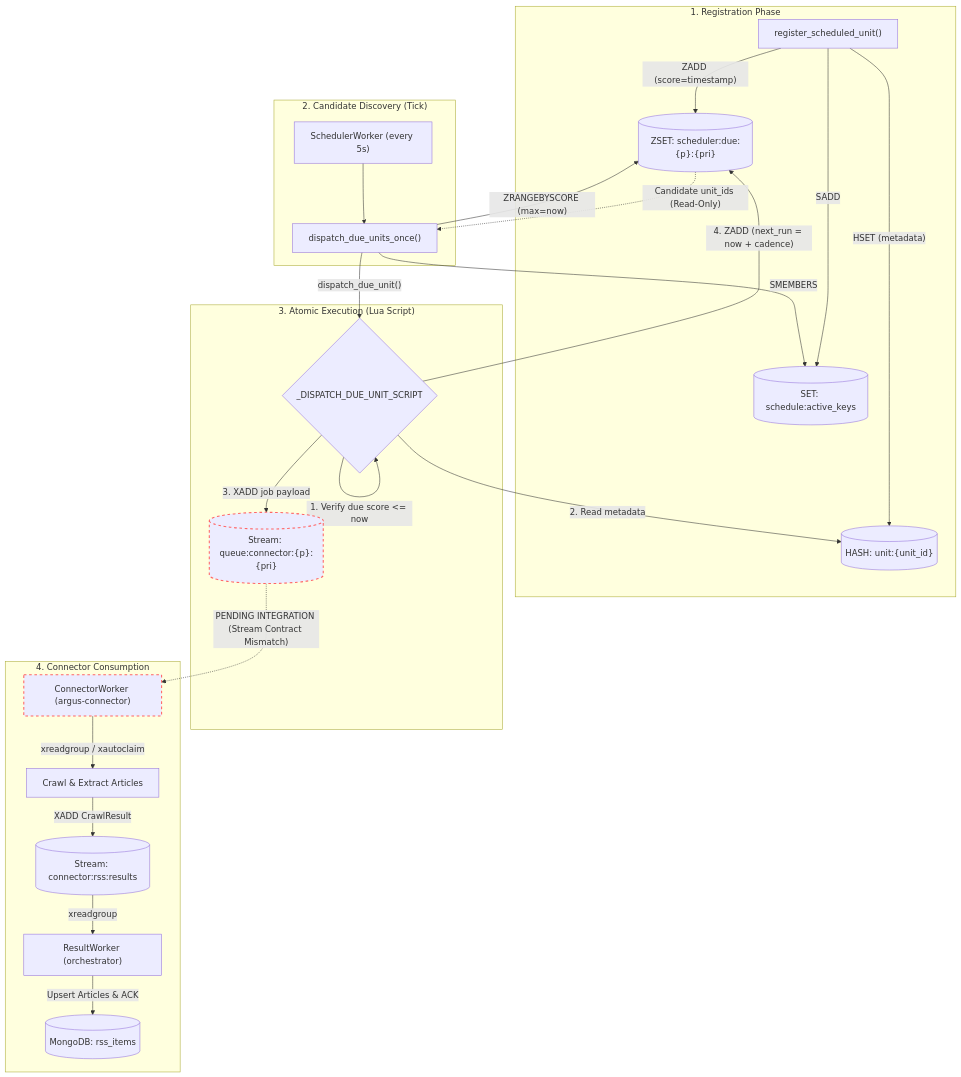
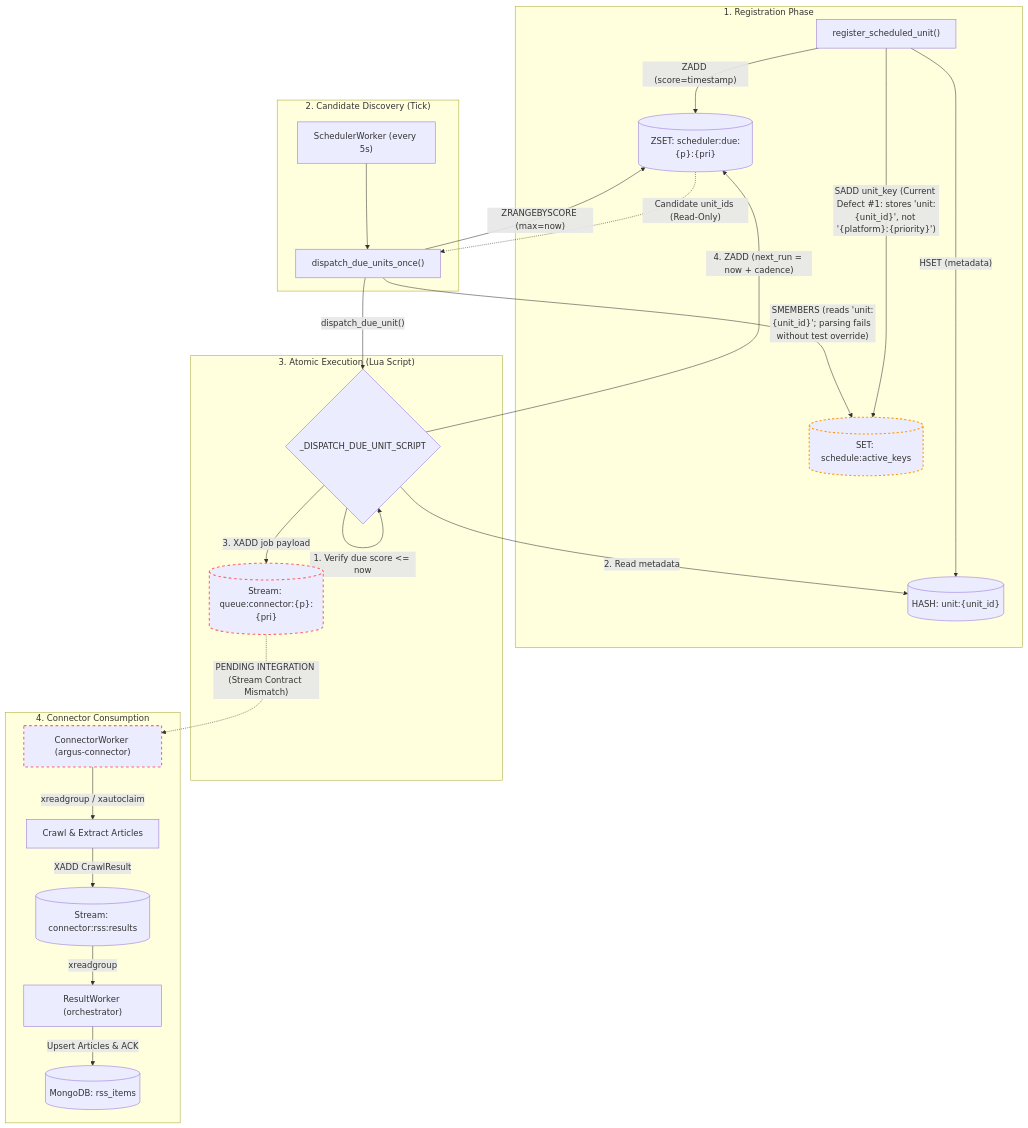
One commit to ombangar03/Argus-2.0 changed the diagram in argus-orchestrator/PROJECT_GUIDE.md. Above: the diagram before and after it, drawn with Mermaid. The commit also changed other lines of this file, not shown here.

````diff
--- a/argus-orchestrator/PROJECT_GUIDE.md
+++ b/argus-orchestrator/PROJECT_GUIDE.md
@@ -1983,34 +2070,35 @@
 ```mermaid
 flowchart TD
     subgraph Registration ["1. Registration Phase"]
         A["register_scheduled_unit()"] -->|"ZADD (score=timestamp)"| B[("ZSET: scheduler:due:{p}:{pri}")]
         A -->|"HSET (metadata)"| C[("HASH: unit:{unit_id}")]
-        A -->|"SADD"| D[("SET: schedule:active_keys")]
+        A -->|"SADD unit_key (Current Defect #1: stores 'unit:{unit_id}', not '{platform}:{priority}')"| D[("SET: schedule:active_keys")]
     end
 
     subgraph Polling ["2. Candidate Discovery (Tick)"]
         E["SchedulerWorker (every 5s)"] --> F["dispatch_due_units_once()"]
-        F -->|"SMEMBERS"| D
+        F -->|"SMEMBERS (reads 'unit:{unit_id}'; parsing fails without test override)"| D
         F -->|"ZRANGEBYSCORE (max=now)"| B
         B -.->|"Candidate unit_ids (Read-Only)"| F
     end
 
     subgraph AtomicDispatch ["3. Atomic Execution (Lua Script)"]
         F -->|"dispatch_due_unit()"| G{"_DISPATCH_DUE_UNIT_SCRIPT"}
         G -->|"1. Verify due score <= now"| G
         G -->|"2. Read metadata"| C
         G -->|"3. XADD job payload"| H[("Stream: queue:connector:{p}:{pri}")]
         G -->|"4. ZADD (next_run = now + cadence)"| B
     end
 
     subgraph Downstream ["4. Connector Consumption"]
         H -.->|"PENDING INTEGRATION (Stream Contract Mismatch)"| I["ConnectorWorker (argus-connector)"]
         I -->|"xreadgroup / xautoclaim"| J["Crawl & Extract Articles"]
         J -->|"XADD CrawlResult"| K[("Stream: connector:rss:results")]
         K -->|"xreadgroup"| L["ResultWorker (orchestrator)"]
         L -->|"Upsert Articles & ACK"| M[("MongoDB: rss_items")]
     end
 
     style H stroke:#f66,stroke-width:2px,stroke-dasharray: 5 5
     style I stroke:#f66,stroke-width:2px,stroke-dasharray: 5 5
+    style D stroke:#f90,stroke-width:2px,stroke-dasharray: 4 4
 ```
````
